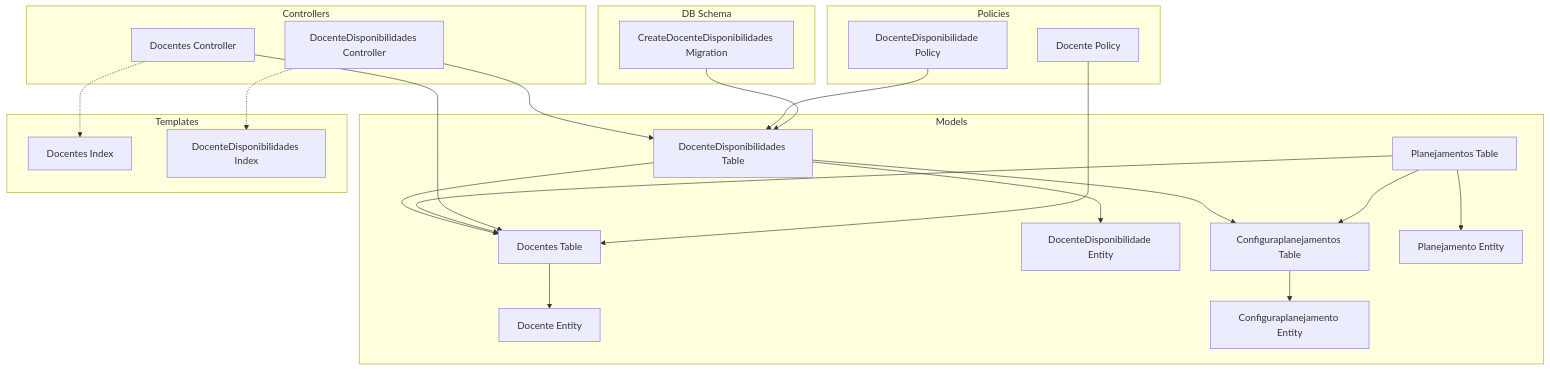
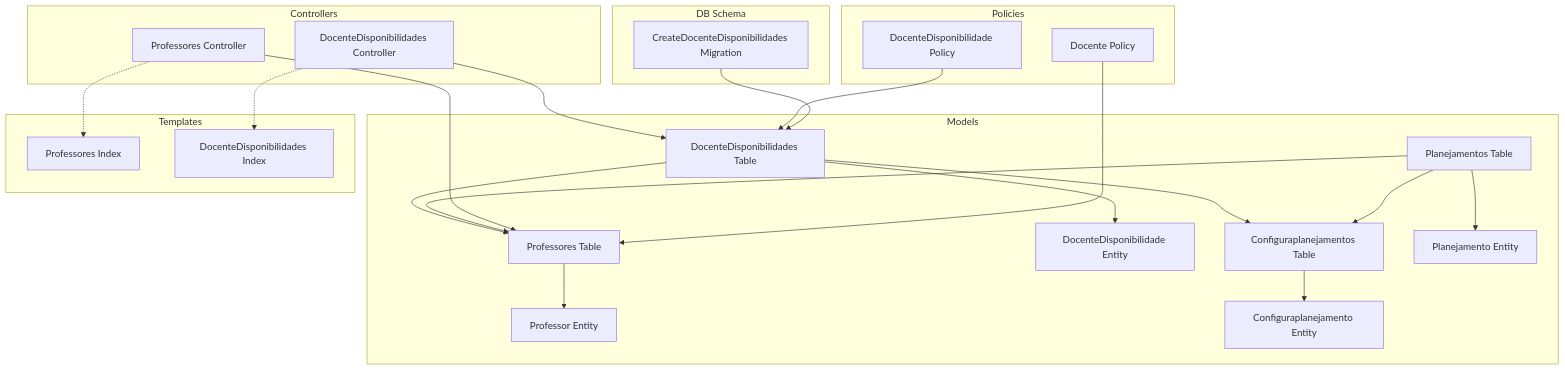
Before and after one commit to luiseduacosta/planejamento5: the first of 9 diagrams in .qoder/repowiki/en/content/Project Overview/Core Features Overview/Faculty Management/Faculty Management.md, drawn with Mermaid. The commit also changed other lines of this file and 37 other files, not shown here.

Commit message:
repowiki: rename Docentes → Professores in metadata

````diff
--- a/.qoder/repowiki/en/content/Project Overview/Core Features Overview/Faculty Management/Faculty Management.md
+++ b/.qoder/repowiki/en/content/Project Overview/Core Features Overview/Faculty Management/Faculty Management.md
@@ -51,43 +51,43 @@
 ```mermaid
 graph TB
 subgraph "Models"
-D["Docente Entity"]
-DT["Docentes Table"]
+D["Professor Entity"]
+DT["Professores Table"]
 DD["DocenteDisponibilidade Entity"]
 DDT["DocenteDisponibilidades Table"]
 CP["Configuraplanejamento Entity"]
 CPT["Configuraplanejamentos Table"]
 P["Planejamento Entity"]
 PT["Planejamentos Table"]
 end
 subgraph "Controllers"
-DC["Docentes Controller"]
+DC["Professores Controller"]
 DDC["DocenteDisponibilidades Controller"]
 end
 subgraph "Policies"
 DP["Docente Policy"]
 DDP["DocenteDisponibilidade Policy"]
 end
 subgraph "Templates"
-TDI["Docentes Index"]
+TDI["Professores Index"]
 TDDI["DocenteDisponibilidades Index"]
 end
 subgraph "DB Schema"
 M["CreateDocenteDisponibilidades Migration"]
 end
 DT --> D
 DDT --> DD
 CPT --> CP
 PT --> P
 DDT --> DT
 DDT --> CPT
 PT --> DT
 PT --> CPT
 DC --> DT
 DDC --> DDT
 DC -.-> TDI
 DDC -.-> TDDI
 DDP --> DDT
 DP --> DT
 M --> DDT
 ```
````
